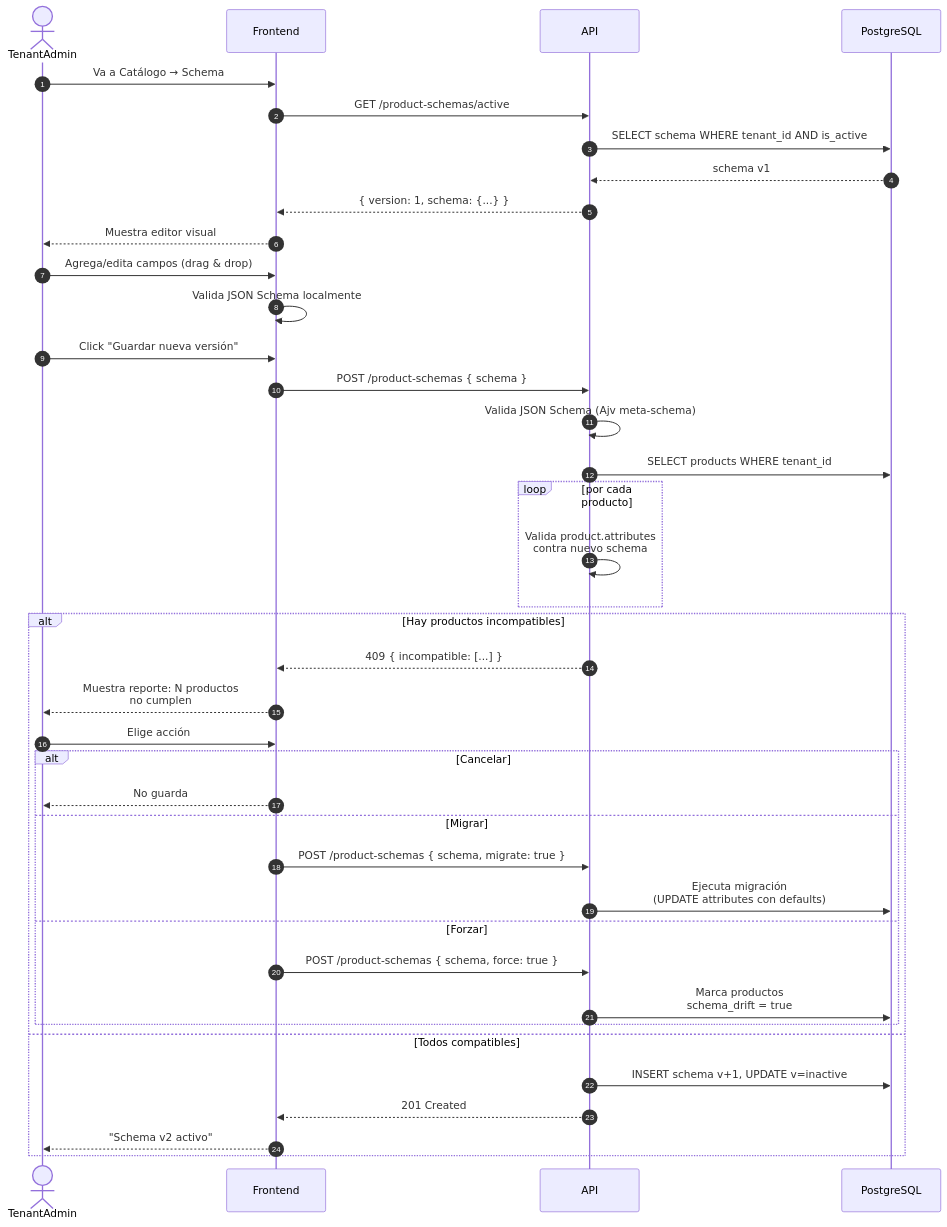
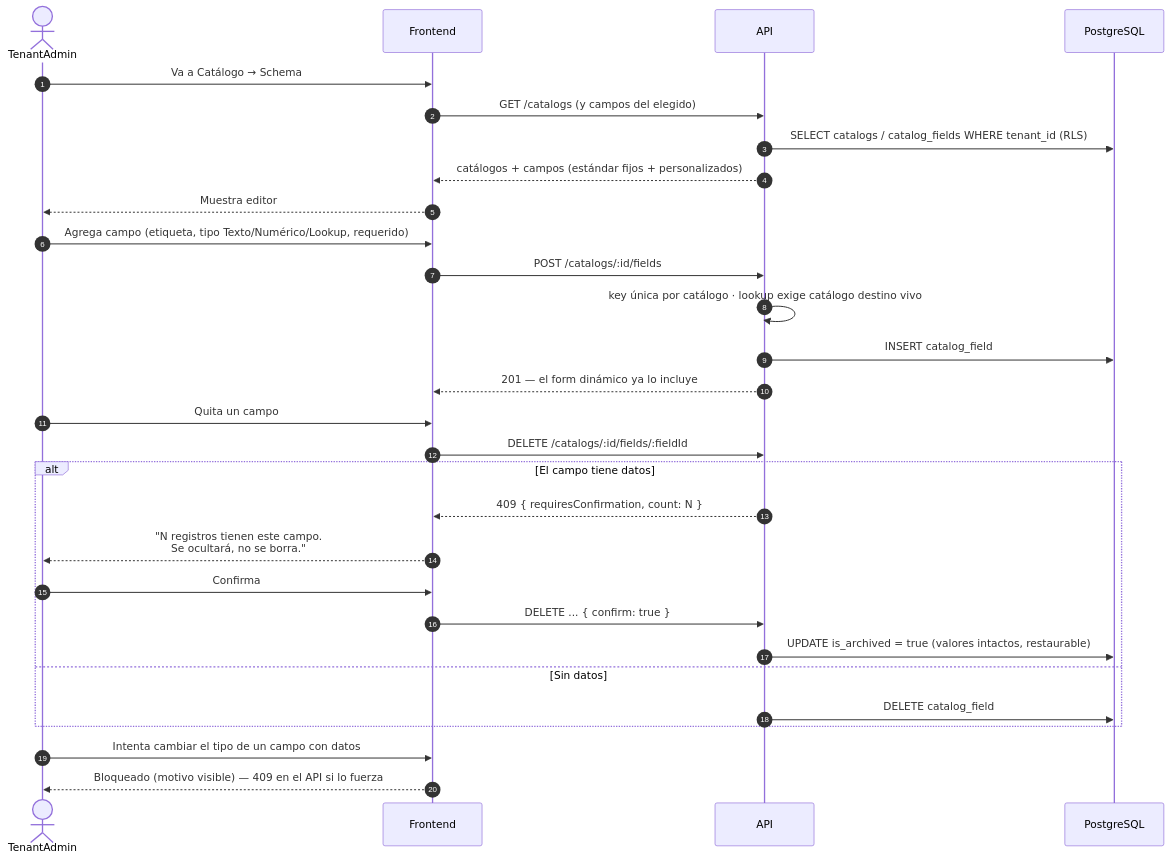
The fourth of 12 diagrams in FLUJOS.md (carloshlm/sellpoint), drawn with Mermaid before and after one commit. The commit also changed other lines of this file and 4 other files, not shown here.

````diff
--- a/FLUJOS.md
+++ b/FLUJOS.md
@@ -130,46 +134,35 @@
 ```mermaid
 sequenceDiagram
     autonumber
     actor A as TenantAdmin
     participant F as Frontend
     participant API as API
     participant DB as PostgreSQL
 
     A->>F: Va a Catálogo → Schema
-    F->>API: GET /product-schemas/active
-    API->>DB: SELECT schema WHERE tenant_id AND is_active
-    DB-->>API: schema v1
-    API-->>F: { version: 1, schema: {...} }
-    F-->>A: Muestra editor visual
+    F->>API: GET /catalogs (y campos del elegido)
+    API->>DB: SELECT catalogs / catalog_fields WHERE tenant_id (RLS)
+    API-->>F: catálogos + campos (estándar fijos + personalizados)
+    F-->>A: Muestra editor
 
-    A->>F: Agrega/edita campos (drag & drop)
-    F->>F: Valida JSON Schema localmente
-    A->>F: Click "Guardar nueva versión"
+    A->>F: Agrega campo (etiqueta, tipo Texto/Numérico/Lookup, requerido)
+    F->>API: POST /catalogs/:id/fields
+    API->>API: key única por catálogo · lookup exige catálogo destino vivo
+    API->>DB: INSERT catalog_field
+    API-->>F: 201 — el form dinámico ya lo incluye
 
-    F->>API: POST /product-schemas { schema }
-    API->>API: Valida JSON Schema (Ajv meta-schema)
-    API->>DB: SELECT products WHERE tenant_id
-
-    loop por cada producto
-        API->>API: Valida product.attributes<br/>contra nuevo schema
+    A->>F: Quita un campo
+    F->>API: DELETE /catalogs/:id/fields/:fieldId
+    alt El campo tiene datos
+        API-->>F: 409 { requiresConfirmation, count: N }
+        F-->>A: "N registros tienen este campo.<br/>Se ocultará, no se borra."
+        A->>F: Confirma
+        F->>API: DELETE ... { confirm: true }
+        API->>DB: UPDATE is_archived = true (valores intactos, restaurable)
+    else Sin datos
+        API->>DB: DELETE catalog_field
     end
 
-    alt Hay productos incompatibles
-        API-->>F: 409 { incompatible: [...] }
-        F-->>A: Muestra reporte: N productos<br/>no cumplen
-        A->>F: Elige acción
-        alt Cancelar
-            F-->>A: No guarda
-        else Migrar
-            F->>API: POST /product-schemas { schema, migrate: true }
-            API->>DB: Ejecuta migración<br/>(UPDATE attributes con defaults)
-        else Forzar
-            F->>API: POST /product-schemas { schema, force: true }
-            API->>DB: Marca productos<br/>schema_drift = true
-        end
-    else Todos compatibles
-        API->>DB: INSERT schema v+1, UPDATE v=inactive
-        API-->>F: 201 Created
-        F-->>A: "Schema v2 activo"
-    end
+    A->>F: Intenta cambiar el tipo de un campo con datos
+    F-->>A: Bloqueado (motivo visible) — 409 en el API si lo fuerza
 ```
````
